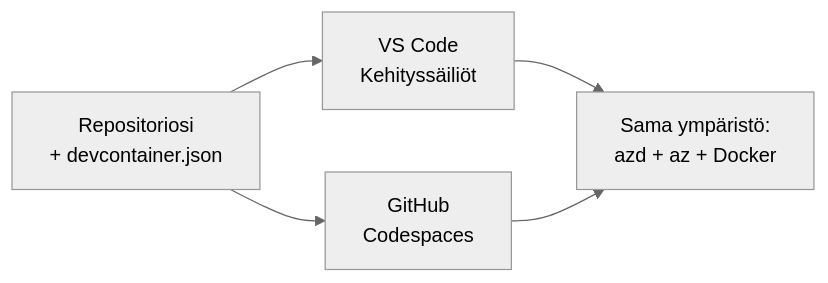
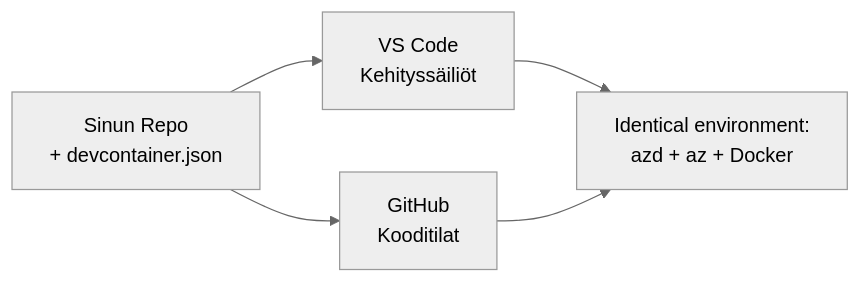
One commit to microsoft/AZD-for-beginners changed the diagram in translations/fi/docs/chapter-01-foundation/dev-containers.md. Above: the diagram before and after it, drawn with Mermaid (neutral theme). The commit also changed other lines of this file and 61 other files, not shown here.

````diff
--- a/translations/fi/docs/chapter-01-foundation/dev-containers.md
+++ b/translations/fi/docs/chapter-01-foundation/dev-containers.md
@@ -41,7 +41,7 @@
 ```mermaid
 graph LR
-    Repo[Repositoriosi<br/>+ devcontainer.json] --> VSCode[VS Code<br/>Kehityssäiliöt]
-    Repo --> Codespaces[GitHub<br/>Codespaces]
-    VSCode --> Env[Sama ympäristö:<br/>azd + az + Docker]
+    Repo[Sinun Repo<br/>+ devcontainer.json] --> VSCode[VS Code<br/>Kehityssäiliöt]
+    Repo --> Codespaces[GitHub<br/>Kooditilat]
+    VSCode --> Env[Identical environment:<br/>azd + az + Docker]
     Codespaces --> Env
 ```
````
